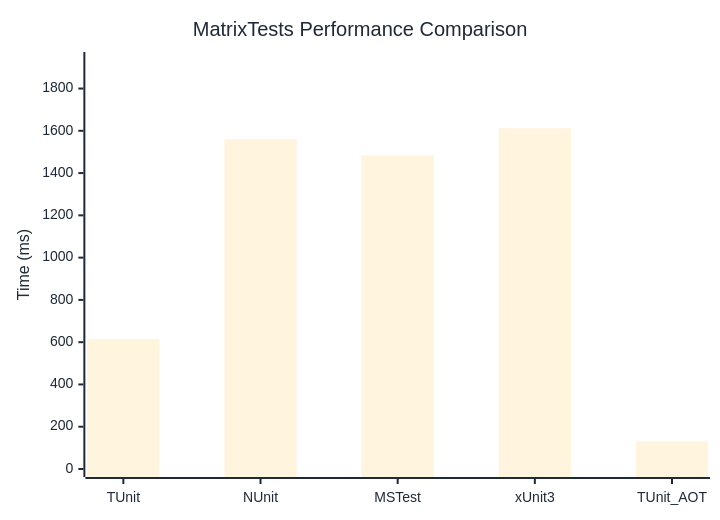
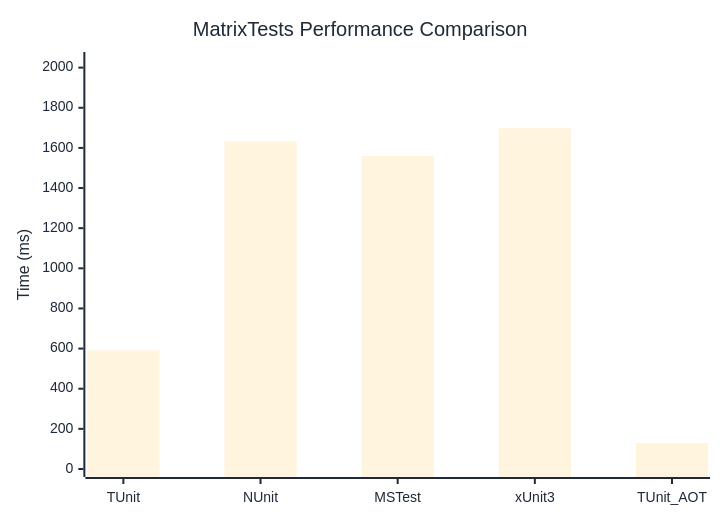
Before and after one commit to thomhurst/TUnit: the diagram in docs/docs/benchmarks/MatrixTests.md, drawn with Mermaid. The commit also changed other lines of this file and 17 other files, not shown here.

````diff
--- a/docs/docs/benchmarks/MatrixTests.md
+++ b/docs/docs/benchmarks/MatrixTests.md
@@ -27,37 +27,37 @@
 ```mermaid
 %%{init: {
   'theme':'base',
   'themeVariables': {
     'primaryColor': '#2563eb',
     'primaryTextColor': '#1f2937',
     'primaryBorderColor': '#1e40af',
     'lineColor': '#6b7280',
     'secondaryColor': '#7c3aed',
     'tertiaryColor': '#dc2626',
     'background': '#ffffff',
     'mainBkg': '#2563eb',
     'secondBkg': '#7c3aed',
     'tertiaryBkg': '#dc2626',
     'clusterBkg': '#f3f4f6',
     'edgeLabelBackground': '#ffffff',
     'tertiaryTextColor': '#1f2937',
     'pie1': '#2563eb',
     'pie2': '#7c3aed',
     'pie3': '#dc2626',
     'pie4': '#f59e0b',
     'pie5': '#10b981',
     'pie6': '#06b6d4',
     'pie7': '#ec4899',
     'pie8': '#6366f1',
     'pie9': '#84cc16',
     'pie10': '#f97316',
     'pie11': '#14b8a6',
     'pie12': '#a855f7'
   }
 }}%%
 xychart-beta
   title "MatrixTests Performance Comparison"
   x-axis ["TUnit", "NUnit", "MSTest", "xUnit3", "TUnit_AOT"]
-  y-axis "Time (ms)" 0 --> 1935
-  bar [614.8, 1561.4, 1484.1, 1612.1, 130.8]
+  y-axis "Time (ms)" 0 --> 2038
+  bar [591.2, 1633.2, 1560.2, 1698, 128.7]
 ```
````
